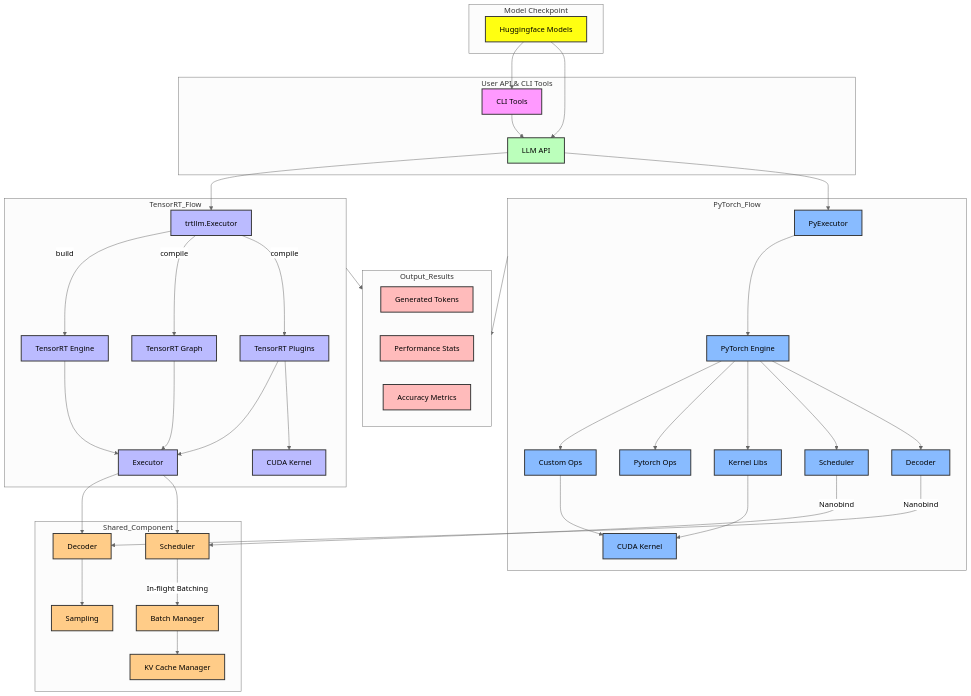
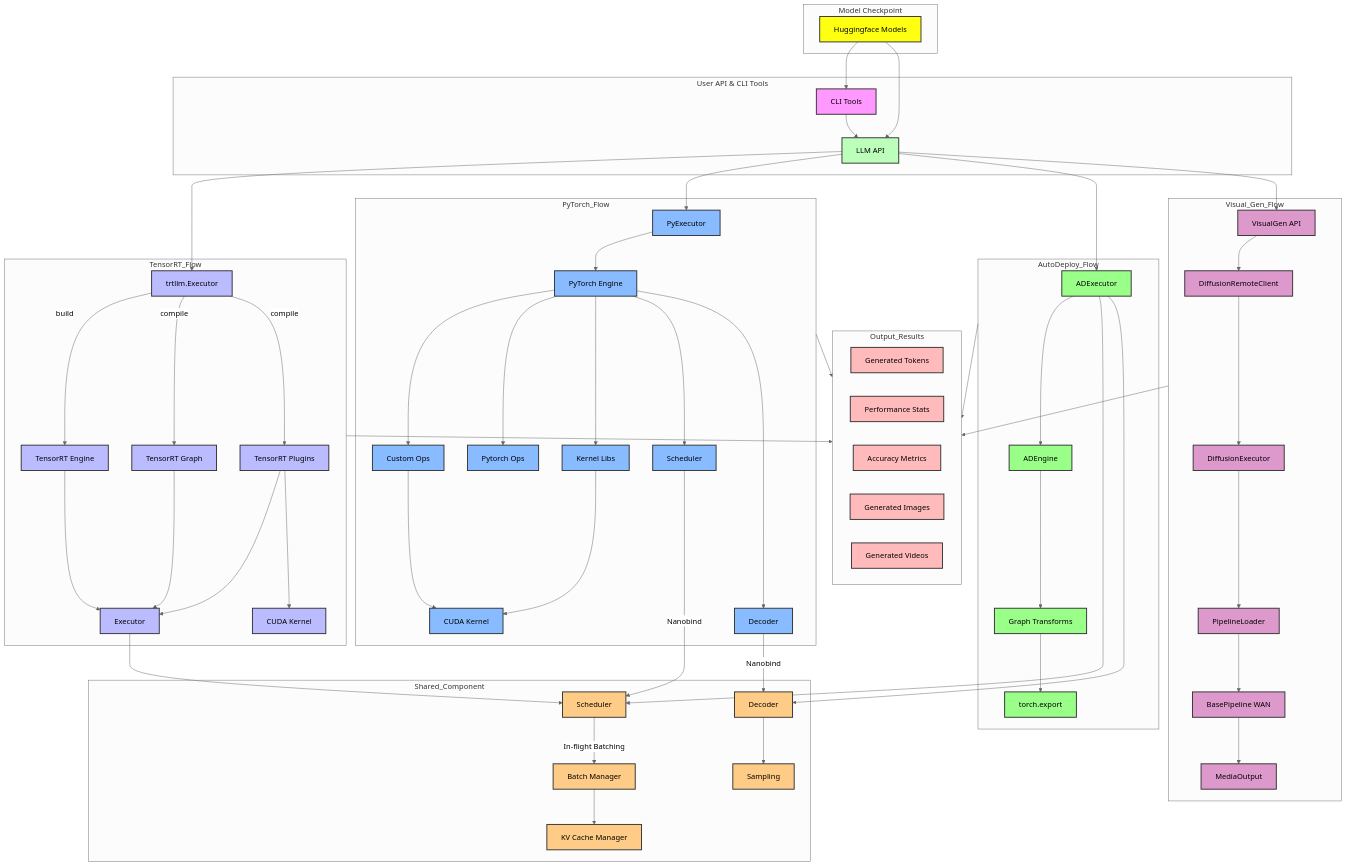
Before and after one commit to NVIDIA/TensorRT-LLM: the diagram in .github/tava_architecture_diagram.md, drawn with Mermaid (neutral theme).

Commit message:
TAVA updates for visual gen flow and auto deploy flow

````diff
--- a/.github/tava_architecture_diagram.md
+++ b/.github/tava_architecture_diagram.md
@@ -49,6 +49,32 @@
         CustomOps --> CUDAKernel
     end
 
+    subgraph "AutoDeploy_Flow"
+        ADExecutor[ADExecutor]
+        ADEngine[ADEngine]
+        GraphTransforms[Graph Transforms]
+        TorchExport[torch.export]
+        LLMAPI --> ADExecutor
+        ADExecutor --> ADEngine
+        ADEngine --> GraphTransforms
+        GraphTransforms --> TorchExport
+    end
+
+    subgraph "Visual_Gen_Flow"
+        VisualGenAPI[VisualGen API]
+        DiffusionClient[DiffusionRemoteClient]
+        DiffusionExecutor[DiffusionExecutor]
+        PipelineLoader[PipelineLoader]
+        DiffusionPipeline[BasePipeline WAN]
+        MediaOutput[MediaOutput]
+        LLMAPI --> VisualGenAPI
+        VisualGenAPI --> DiffusionClient
+        DiffusionClient --> DiffusionExecutor
+        DiffusionExecutor --> PipelineLoader
+        PipelineLoader --> DiffusionPipeline
+        DiffusionPipeline --> MediaOutput
+    end
+
     subgraph "Shared_Component"
         Shared_Decoder[Decoder]
         Shared_Scheduler[Scheduler]
@@ -57,7 +83,8 @@
         KVCache[KV Cache Manager]
         PyScheduler --> |Nanobind|Shared_Scheduler
         PyDecoder --> |Nanobind|Shared_Decoder
-        Executor --> Shared_Decoder
+        ADExecutor --> Shared_Scheduler
+        ADExecutor --> Shared_Decoder
         Shared_Decoder --> Sampling
         Executor --> Shared_Scheduler[Scheduler]
         Shared_Scheduler --> |In-flight Batching| BatchManager
@@ -68,12 +95,16 @@
         Tokens[Generated Tokens]
         Stats[Performance Stats]
         Metrics[Accuracy Metrics]
+        GenImages[Generated Images]
+        GenVideos[Generated Videos]
     end
 
-    %% PyTorch_Flow ~~~ TensorRT_Flow 
+    PyTorch_Flow ~~~ TensorRT_Flow
 
     TensorRT_Flow --> Output_Results
     PyTorch_Flow --> Output_Results
+    AutoDeploy_Flow --> Output_Results
+    Visual_Gen_Flow --> Output_Results
 
     %% Force Output_Results to be between PyTorch_flow and TensorRT_flow
     PyTorch_Flow ~~~ Output_Results
@@ -85,7 +116,7 @@
     %% CLI tools format
     classDef cli fill:#f9f,stroke:#333,stroke-width:2px;
     class CLI cli;
-    
+
     %% TRT flow format
     classDef trt fill:#bbf,stroke:#333,stroke-width:2px;
     class trtllmExecutor,TRTGraph,Plugins,Engine,Executor,cudaKernel trt;
@@ -94,15 +125,23 @@
     classDef pytorch fill:#8bf,stroke:#333,stroke-width:2px;
     class PyExecutor,PyEngine,CustomOps,PyTorchOps,KernelLibs,PyScheduler,PyDecoder,CUDAKernel pytorch;
 
+    %% AutoDeploy flow format
+    classDef autodeploy fill:#9f8,stroke:#333,stroke-width:2px;
+    class ADExecutor,ADEngine,GraphTransforms,TorchExport autodeploy;
+
+    %% Visual Gen flow format
+    classDef visualgen fill:#d9c,stroke:#333,stroke-width:2px;
+    class VisualGenAPI,DiffusionClient,DiffusionExecutor,PipelineLoader,DiffusionPipeline,MediaOutput visualgen;
+
     %% Shared Componnet format
     classDef component fill:#fc8,stroke:#333,stroke-width:2px;
     class Shared_Decoder,Sampling,Shared_Scheduler,BatchManager,KVCache component;
-    
+
     %% APIs format
     classDef api fill:#bfb,stroke:#333,stroke-width:2px;
     class PythonAPI,CppAPI,LLMAPI api;
 
     %% Results format
     classDef result fill:#fbb,stroke:#333,stroke-width:2px;
-    class Tokens,Stats,Metrics result;
+    class Tokens,Stats,Metrics,GenImages,GenVideos result;
 ```
````
